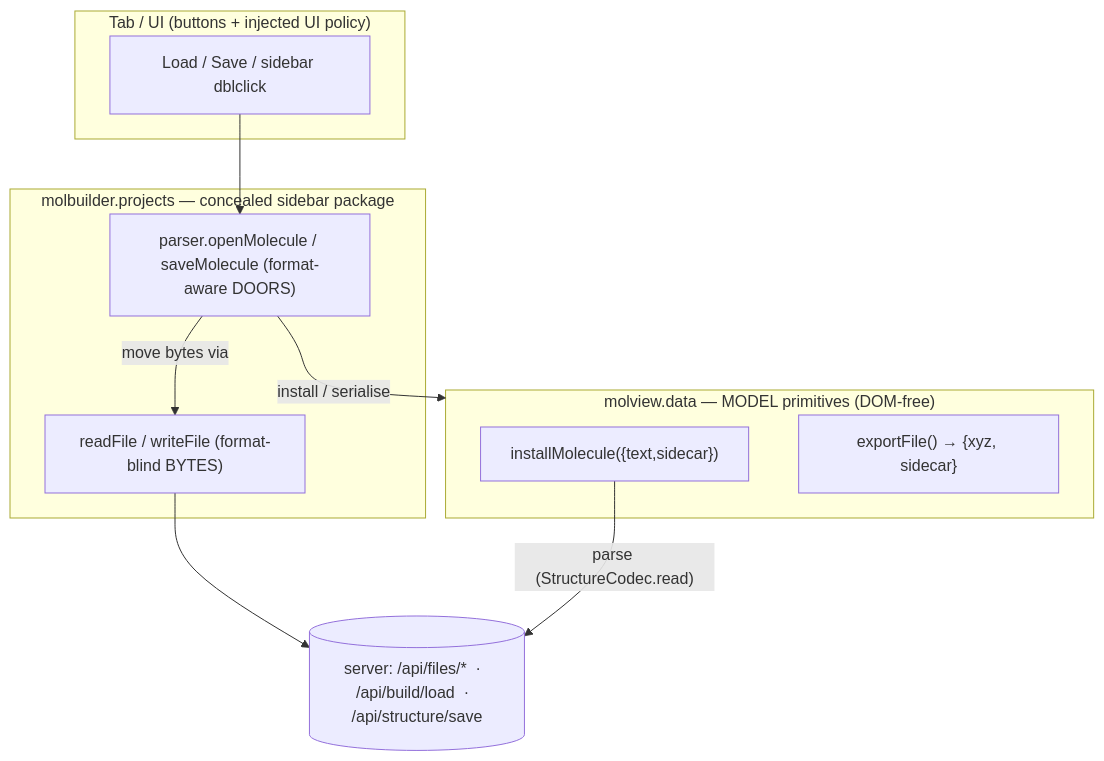
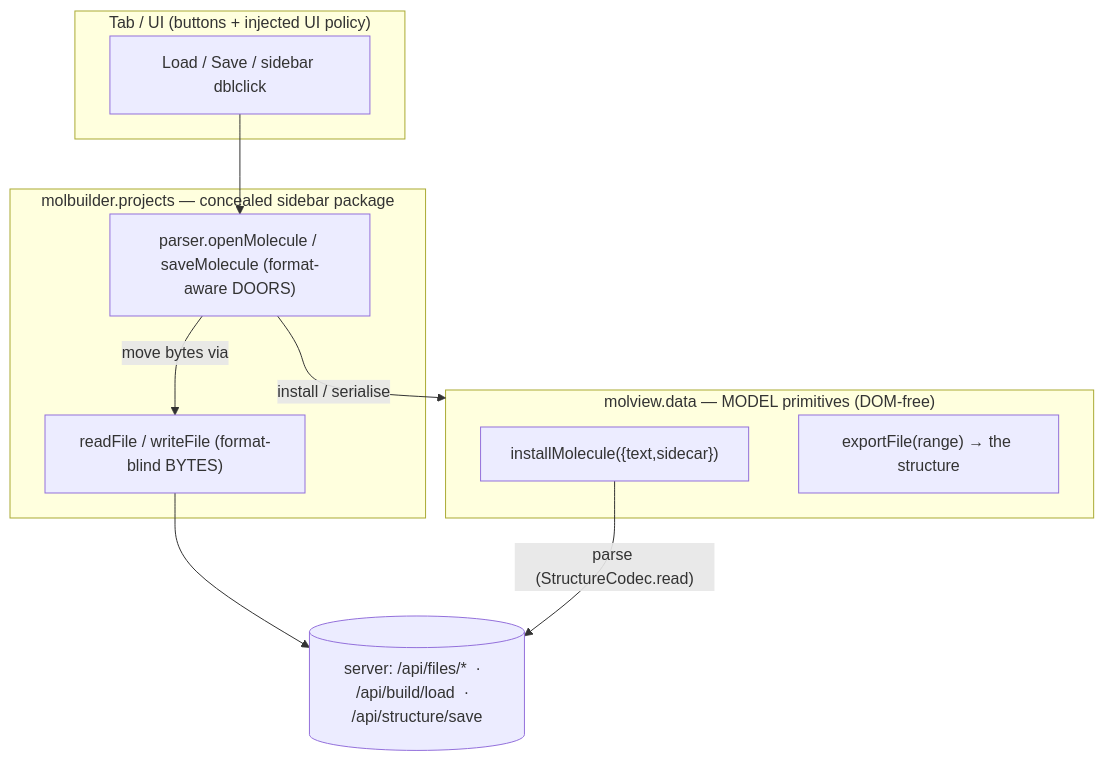
The third of 3 diagrams in docs/model/structure.md (Qing-LAB/molbuilder), drawn with Mermaid before and after one commit. The commit also changed other lines of this file and 13 other files, not shown here.

````diff
--- a/docs/model/structure.md
+++ b/docs/model/structure.md
@@ -362,20 +422,20 @@
 ```mermaid
 flowchart TB
     subgraph TAB["Tab / UI (buttons + injected UI policy)"]
         B["Load / Save / sidebar dblclick"]
     end
     subgraph PR["molbuilder.projects — concealed sidebar package"]
         DOORS["parser.openMolecule / saveMolecule (format-aware DOORS)"]
         BYTES["readFile / writeFile (format-blind BYTES)"]
         DOORS -->|"move bytes via"| BYTES
     end
     subgraph MV["molview.data — MODEL primitives (DOM-free)"]
         IM["installMolecule({text,sidecar})"]
-        EF["exportFile() → {xyz, sidecar}"]
+        EF["exportFile(range) → the structure"]
     end
     SRV[("server: /api/files/*  ·  /api/build/load  ·  /api/structure/save")]
     B --> DOORS
     DOORS -->|"install / serialise"| MV
     BYTES --> SRV
     IM -->|"parse (StructureCodec.read)"| SRV
 ```
````
